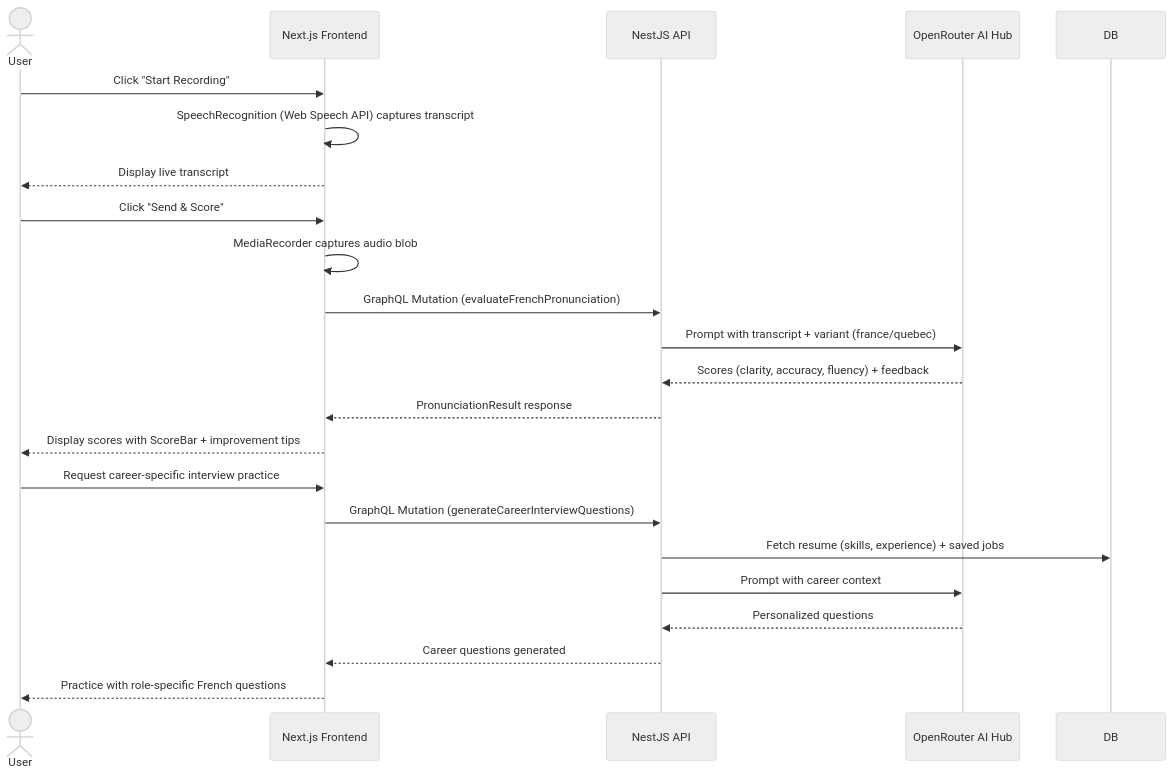
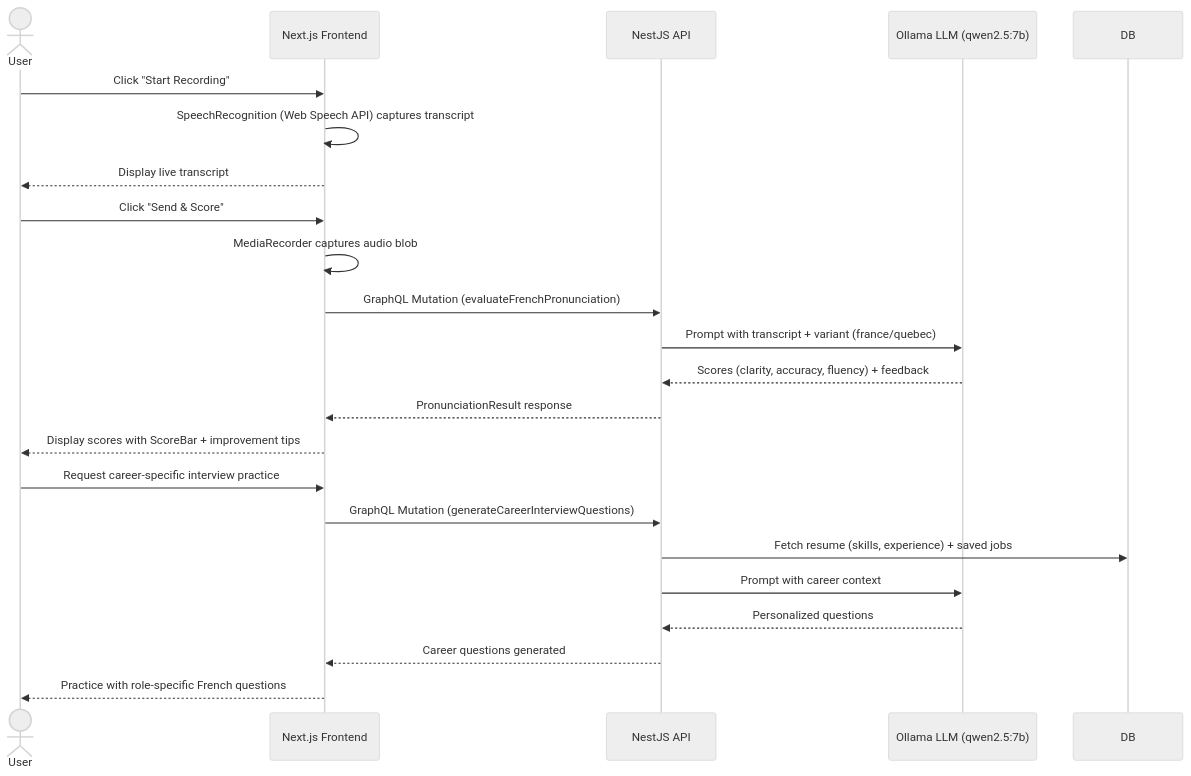
Before and after one commit to asmitrofanov74/JobPilotAI: the fourth of 15 diagrams in docs/system-design.md, drawn with Mermaid (neutral theme). The commit also changed other lines of this file, not shown here.

````diff
--- a/docs/system-design.md
+++ b/docs/system-design.md
@@ -177,26 +173,26 @@
 ```mermaid
 sequenceDiagram
     actor User
     participant Web as Next.js Frontend
     participant API as NestJS API
-    participant AI as OpenRouter AI Hub
+    participant AI as Ollama LLM (qwen2.5:7b)
 
     User->>Web: Click "Start Recording"
     Web->>Web: SpeechRecognition (Web Speech API) captures transcript
     Web-->>User: Display live transcript
     User->>Web: Click "Send & Score"
     Web->>Web: MediaRecorder captures audio blob
     Web->>API: GraphQL Mutation (evaluateFrenchPronunciation)
     API->>AI: Prompt with transcript + variant (france/quebec)
     AI-->>API: Scores (clarity, accuracy, fluency) + feedback
     API-->>Web: PronunciationResult response
     Web-->>User: Display scores with ScoreBar + improvement tips
 
     User->>Web: Request career-specific interview practice
     Web->>API: GraphQL Mutation (generateCareerInterviewQuestions)
     API->>DB: Fetch resume (skills, experience) + saved jobs
     API->>AI: Prompt with career context
     AI-->>API: Personalized questions
     API-->>Web: Career questions generated
     Web-->>User: Practice with role-specific French questions
 ```
````
